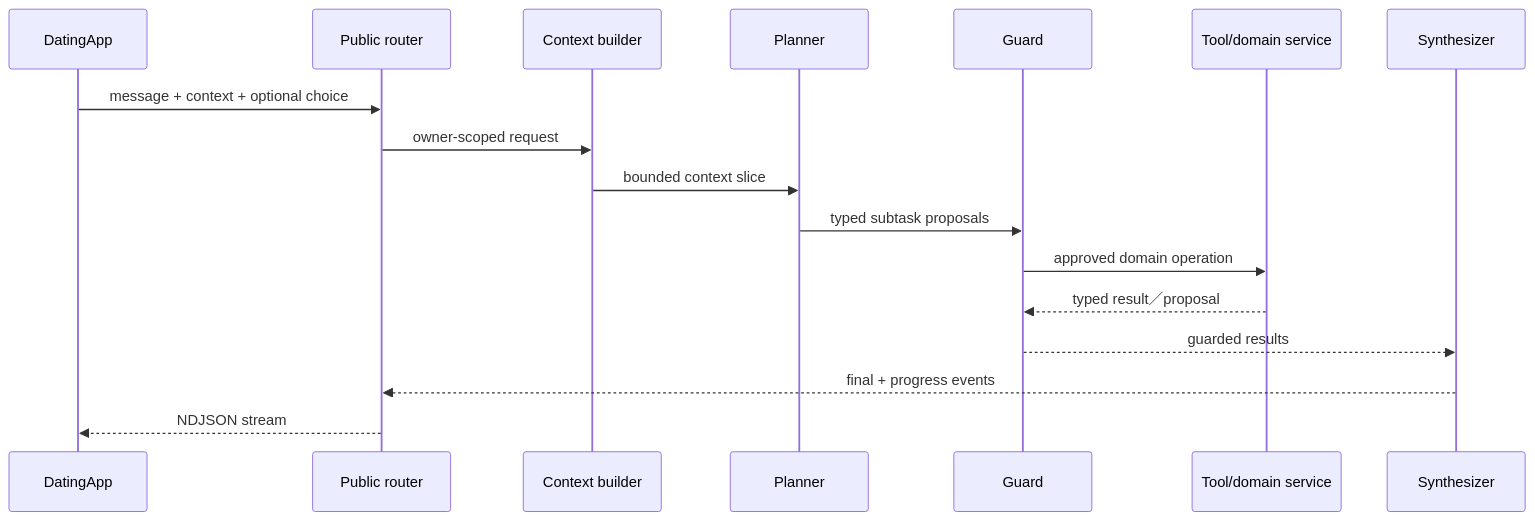
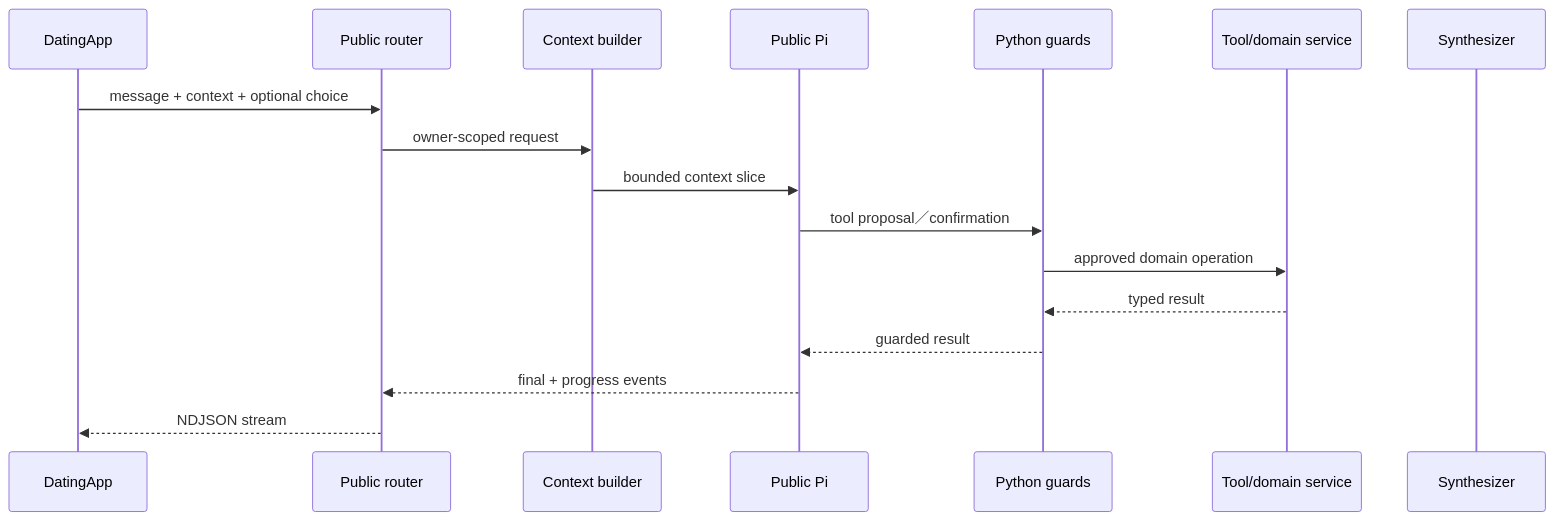
One commit to sunnysideup116116-bit/DatingAppBuild changed the second of 2 diagrams in site/docs/content/05-ai-agent.md. Above: the diagram before and after it, drawn with Mermaid. The commit also changed other lines of this file and 13 other files, not shown here.

````diff
--- a/site/docs/content/05-ai-agent.md
+++ b/site/docs/content/05-ai-agent.md
@@ -79,19 +80,19 @@
 ```mermaid
 sequenceDiagram
     participant A as DatingApp
     participant R as Public router
     participant C as Context builder
-    participant P as Planner
-    participant G as Guard
+    participant P as Public Pi
+    participant G as Python guards
     participant T as Tool/domain service
     participant S as Synthesizer
     A->>R: message + context + optional choice
     R->>C: owner-scoped request
     C->>P: bounded context slice
-    P->>G: typed subtask proposals
+    P->>G: tool proposal／confirmation
     G->>T: approved domain operation
-    T-->>G: typed result／proposal
-    G-->>S: guarded results
-    S-->>R: final + progress events
+    T-->>G: typed result
+    G-->>P: guarded result
+    P-->>R: final + progress events
     R-->>A: NDJSON stream
 ```
````
